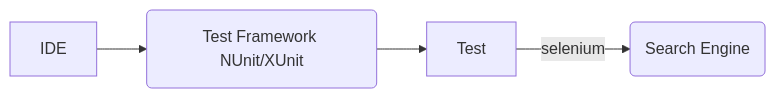
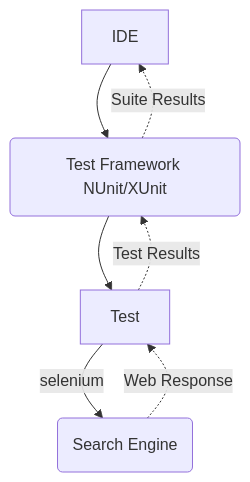
Before and after one commit to freemansoft/SimpleWebUITestEnvironment: the second of 4 diagrams in README.md, drawn with Mermaid. The commit also changed other lines of this file, not shown here.

````diff
--- a/README.md
+++ b/README.md
@@ -10,6 +49,8 @@
 ```mermaid
-graph LR
-    IDE --> TddFramework(Test Framework NUnit/XUnit) ;
-    TddFramework --> Test -->|selenium| Search(Search Engine);
+graph TD
+    IDE --> TestFramework(Test Framework NUnit/XUnit) --> Test -->|selenium| Search(Search Engine);
+    Search -.->|Web Response| Test ;
+    Test -.->|Test Results| TestFramework;
+    TestFramework -.->|Suite Results| IDE;
 
 ```
````
